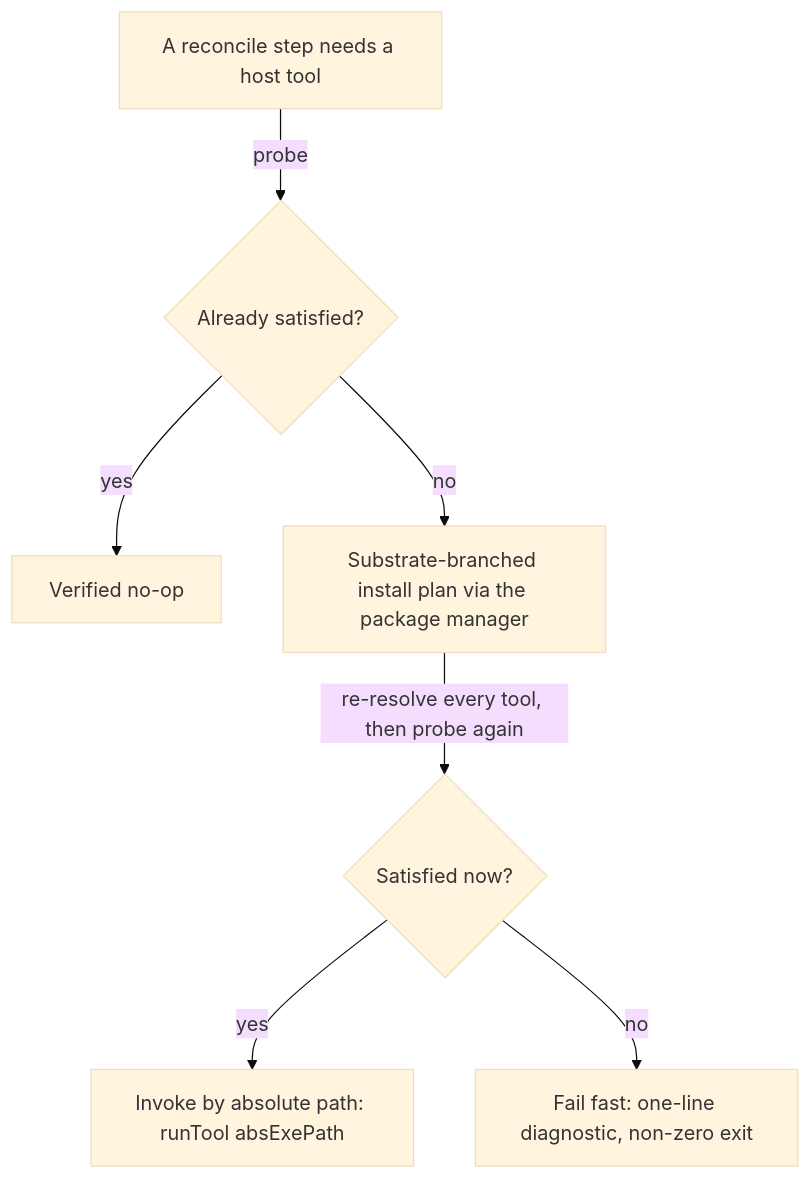
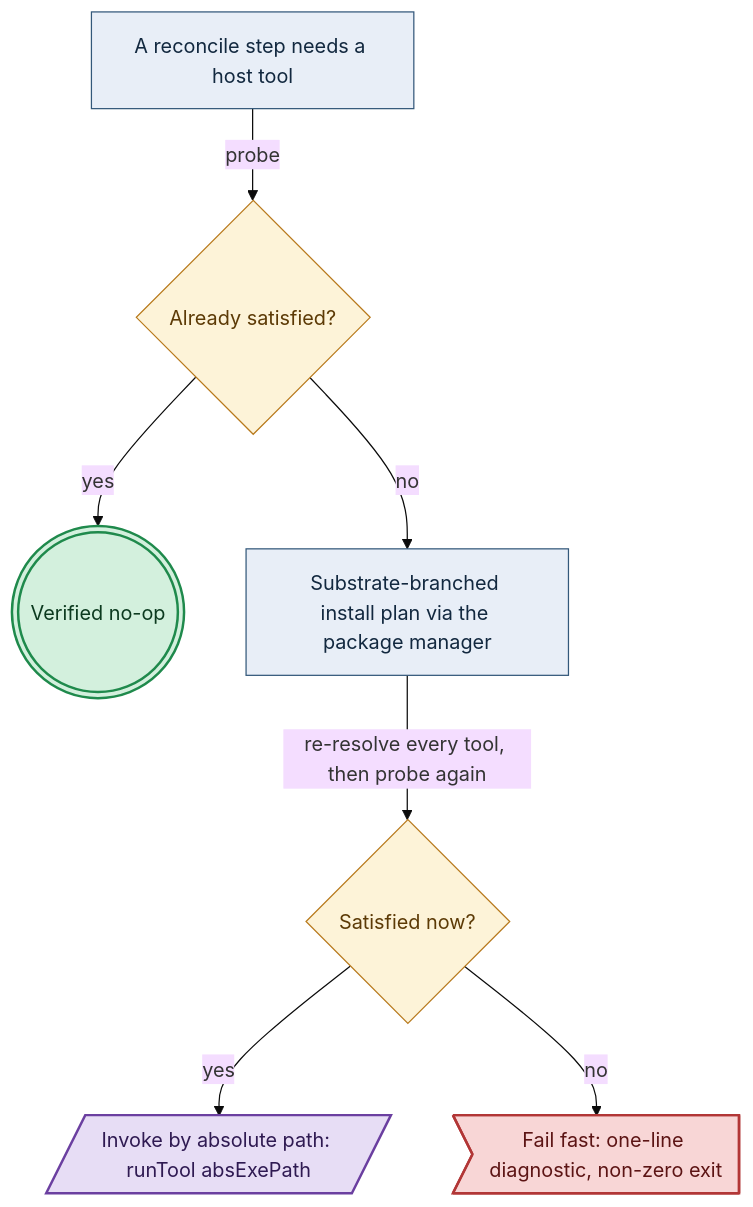
The first of 3 diagrams in documents/engineering/substrate_doctrine.md (Tuee22/amoebius), drawn with Mermaid (base theme) before and after one commit. The commit also changed other lines of this file and 36 other files, not shown here.

````diff
--- a/documents/engineering/substrate_doctrine.md
+++ b/documents/engineering/substrate_doctrine.md
@@ -181,9 +183,14 @@
 ```mermaid
 flowchart TD
-  need[A reconcile step needs a host tool] -->|probe| sat{Already satisfied?}
-  sat -->|yes| noop[Verified no-op]
-  sat -->|no| plan[Substrate-branched install plan via the package manager]
-  plan -->|re-resolve every tool, then probe again| verify{Satisfied now?}
-  verify -->|yes| run[Invoke by absolute path: runTool absExePath]
-  verify -->|no| die[Fail fast: one-line diagnostic, non-zero exit]
+  need["A reconcile step needs a host tool"]:::intent -->|probe| sat{"Already satisfied?"}:::decision
+  sat -->|yes| noop((("Verified no-op"))):::seal
+  sat -->|no| plan["Substrate-branched install plan via the package manager"]:::intent
+  plan -->|re-resolve every tool, then probe again| verify{"Satisfied now?"}:::decision
+  verify -->|yes| run[/"Invoke by absolute path: runTool absExePath"/]:::effect
+  verify -->|no| die>"Fail fast: one-line diagnostic, non-zero exit"]:::refuse
+  classDef intent   fill:#e8eef7,stroke:#33587a,color:#12283f,stroke-width:1px
+  classDef decision fill:#fdf3d8,stroke:#b8791b,color:#5c3a06,stroke-width:1px
+  classDef seal     fill:#d3f0dd,stroke:#1f8a4c,color:#0c3a1f,stroke-width:2px
+  classDef effect   fill:#e7ddf5,stroke:#6b3fa0,color:#2f1a52,stroke-width:2px
+  classDef refuse   fill:#f8d6d6,stroke:#b23636,color:#5c1414,stroke-width:2px
 ```
````
